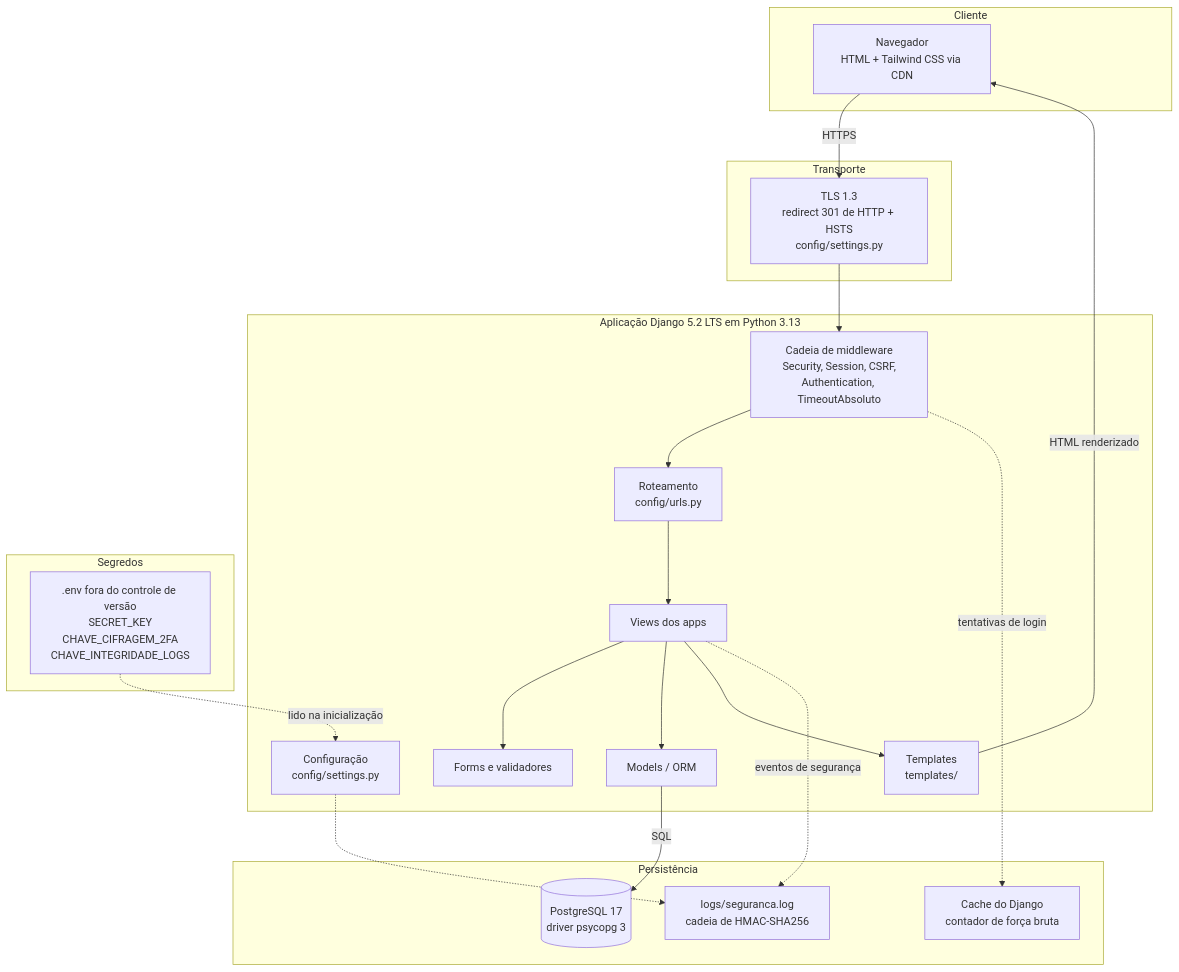
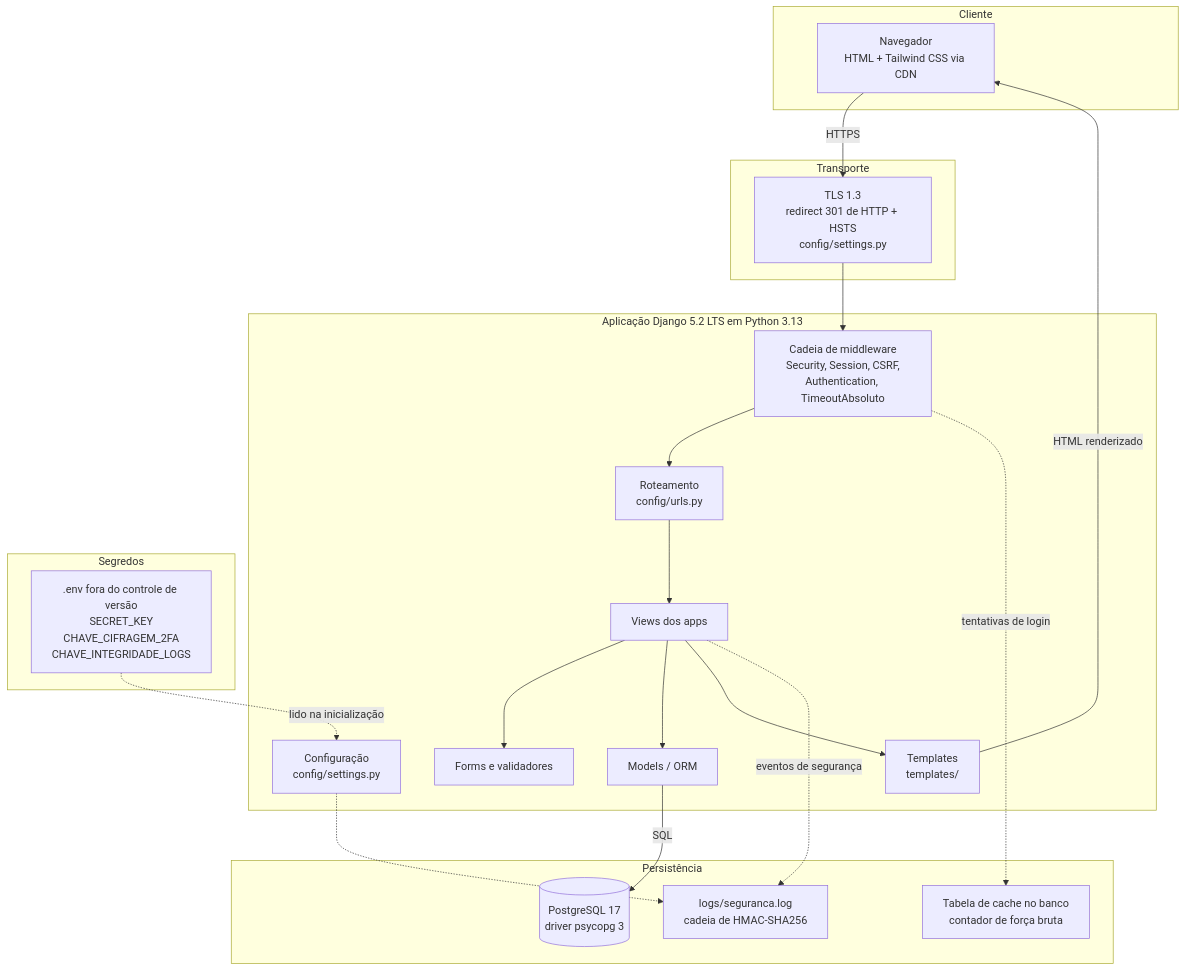
One commit to Grupo-Opus-Dev/circulagov changed the first of 4 diagrams in docs/ARQUITETURA.md. Above: the diagram before and after it, drawn with Mermaid. The commit also changed other lines of this file and 4 other files, not shown here.

````diff
--- a/docs/ARQUITETURA.md
+++ b/docs/ARQUITETURA.md
@@ -43,44 +43,44 @@
 ```mermaid
 flowchart TB
     subgraph CLIENTE["Cliente"]
         nav["Navegador<br/>HTML + Tailwind CSS via CDN"]
     end
 
     subgraph TRANSPORTE["Transporte"]
         tls["TLS 1.3<br/>redirect 301 de HTTP + HSTS<br/>config/settings.py"]
     end
 
     subgraph APP["Aplicação Django 5.2 LTS em Python 3.13"]
         mw["Cadeia de middleware<br/>Security, Session, CSRF,<br/>Authentication, TimeoutAbsoluto"]
         urls["Roteamento<br/>config/urls.py"]
         views["Views dos apps"]
         forms["Forms e validadores"]
         tpl["Templates<br/>templates/"]
         orm["Models / ORM"]
         cfg["Configuração<br/>config/settings.py"]
     end
 
     subgraph DADOS["Persistência"]
         pg[("PostgreSQL 17<br/>driver psycopg 3")]
         logfile["logs/seguranca.log<br/>cadeia de HMAC-SHA256"]
-        cache["Cache do Django<br/>contador de força bruta"]
+        cache["Tabela de cache no banco<br/>contador de força bruta"]
     end
 
     subgraph SEGREDOS["Segredos"]
         envfile[".env fora do controle de versão<br/>SECRET_KEY<br/>CHAVE_CIFRAGEM_2FA<br/>CHAVE_INTEGRIDADE_LOGS"]
     end
 
     nav -->|HTTPS| tls
     tls --> mw
     mw --> urls
     urls --> views
     views --> forms
     views --> orm
     views --> tpl
     tpl -->|HTML renderizado| nav
     orm -->|SQL| pg
     views -.->|eventos de segurança| logfile
     mw -.->|tentativas de login| cache
     envfile -.->|lido na inicialização| cfg
     cfg -.-> logfile
 ```
````
